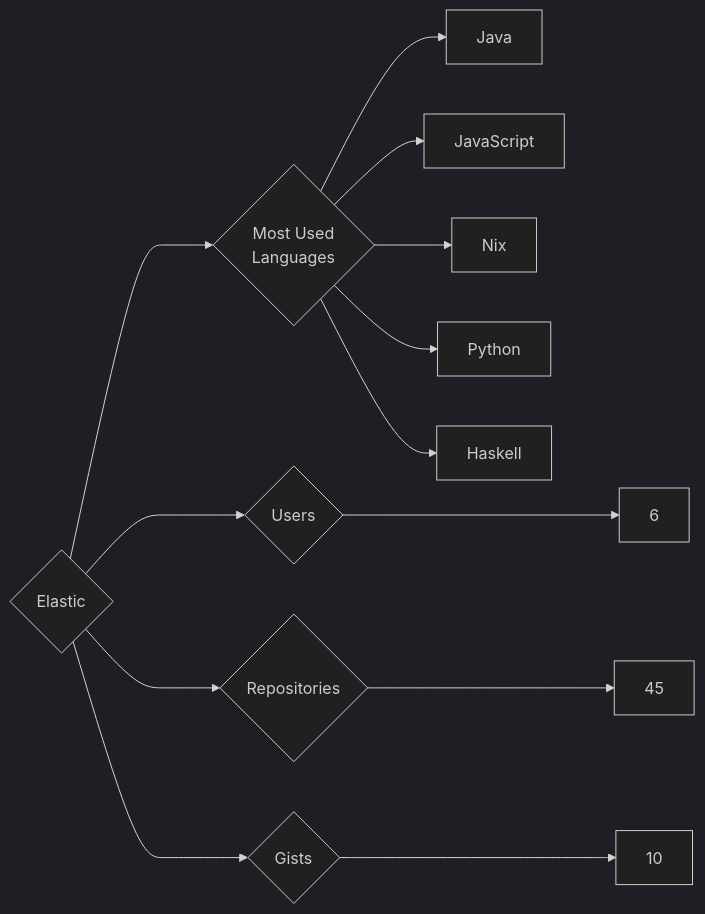
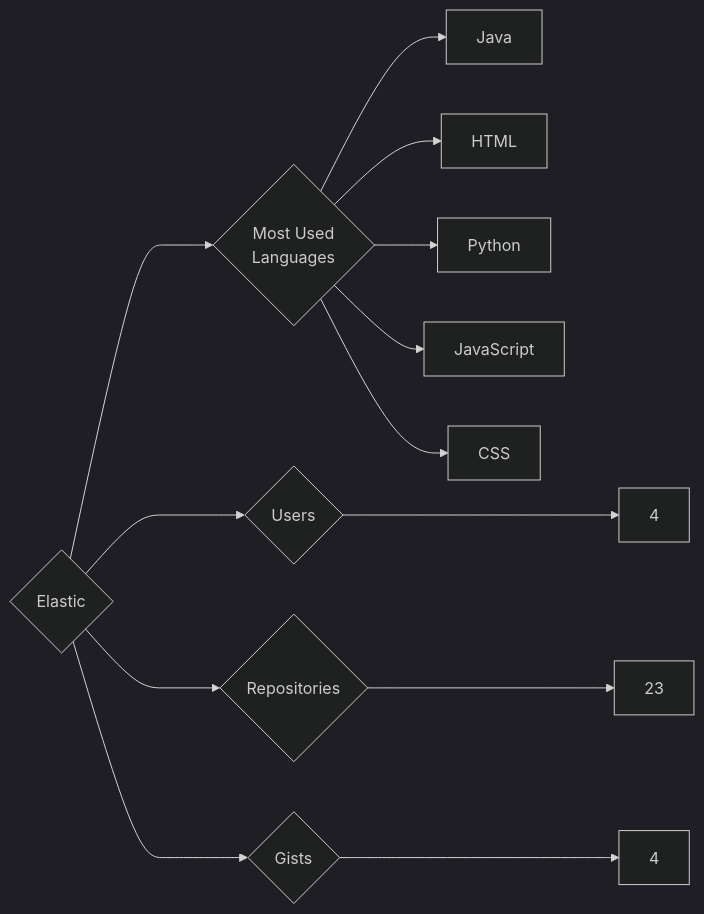
The diagram in targets/Elastic/README.md (trickest/insiders), drawn with Mermaid (dark theme) before and after one commit. The commit also changed 840 other files, not shown here.

````diff
--- a/targets/Elastic/README.md
+++ b/targets/Elastic/README.md
@@ -3,13 +3,13 @@
 ```mermaid
 graph LR
 COMPANY_NAME{Elastic}
-COMPANY_NAME ---> U{Users} ---> UN[6]
-COMPANY_NAME ---> R{Repositories} ---> RN[45]
-COMPANY_NAME ---> G{Gists} ---> GN[10]
+COMPANY_NAME ---> U{Users} ---> UN[4]
+COMPANY_NAME ---> R{Repositories} ---> RN[23]
+COMPANY_NAME ---> G{Gists} ---> GN[4]
 COMPANY_NAME ---> ML{Most Used<br>Languages}
 ML --> Java[Java]
+ML --> HTML[HTML]
+ML --> Python[Python]
 ML --> JavaScript[JavaScript]
-ML --> Nix[Nix]
-ML --> Python[Python]
-ML --> Haskell[Haskell]
+ML --> CSS[CSS]
 ```
````
